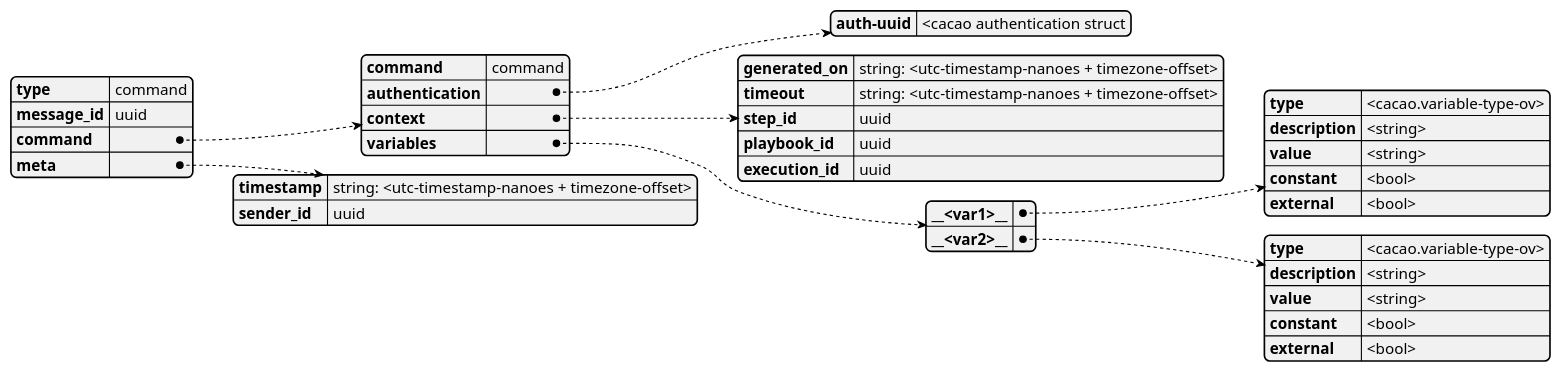
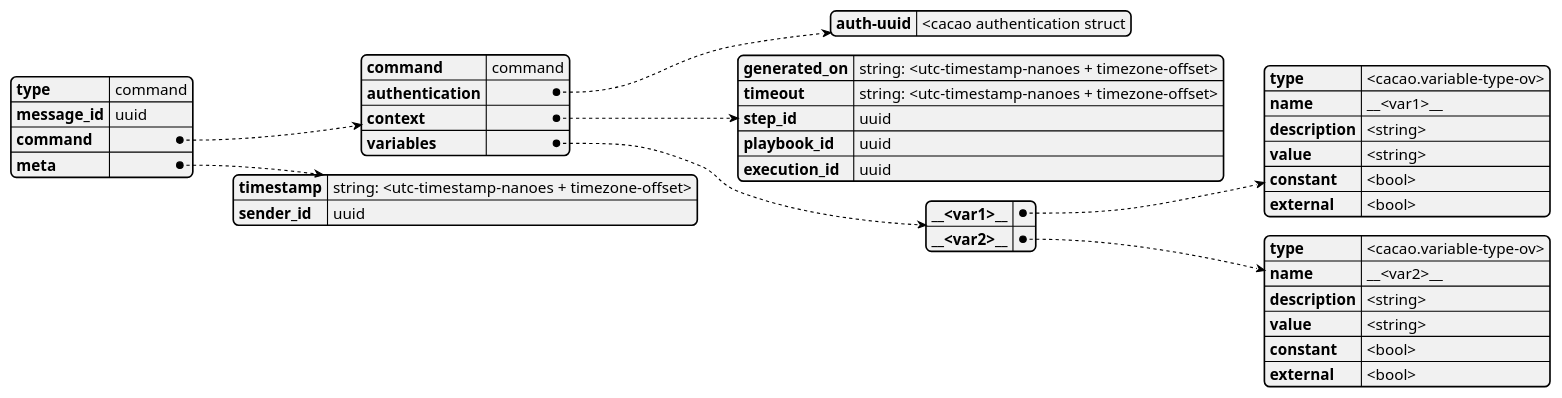
One commit to COSSAS/SOARCA changed the fifth of 19 diagrams in docs/content/en/docs/soarca-extensions/fin-protocol.md. Above: the diagram before and after it, drawn with PlantUML. The commit also changed other lines of this file, not shown here.

Commit message:
Fixed missing name field in documentation fin-protocol

````diff
--- a/docs/content/en/docs/soarca-extensions/fin-protocol.md
+++ b/docs/content/en/docs/soarca-extensions/fin-protocol.md
@@ -221,39 +221,41 @@
 ```plantuml
 @startjson
 {
     "type": "command",
     "message_id": "uuid",
     "command": {
         "command": "command",
         "authentication": {"auth-uuid": "<cacao authentication struct"},
         "context": {
             "generated_on": "string: <utc-timestamp-nanoes + timezone-offset>",
             "timeout": "string: <utc-timestamp-nanoes + timezone-offset>",
             "step_id": "uuid",
             "playbook_id": "uuid",
             "execution_id": "uuid"
         },
         "variables": {
             "__<var1>__": {
                 "type": "<cacao.variable-type-ov>",
+                "name": "__<var1>__",
                 "description": "<string>",
                 "value": "<string>",
                 "constant": "<bool>",
                 "external": "<bool>"
             },
             "__<var2>__": {
                 "type": "<cacao.variable-type-ov>",
+                "name": "__<var2>__",
                 "description": "<string>",
                 "value": "<string>",
                 "constant": "<bool>",
                 "external": "<bool>"
             }
         }
     },
     "meta": {
         "timestamp": "string: <utc-timestamp-nanoes + timezone-offset>",
         "sender_id": "uuid"
     }
 }
 @endjson
 ```
````
